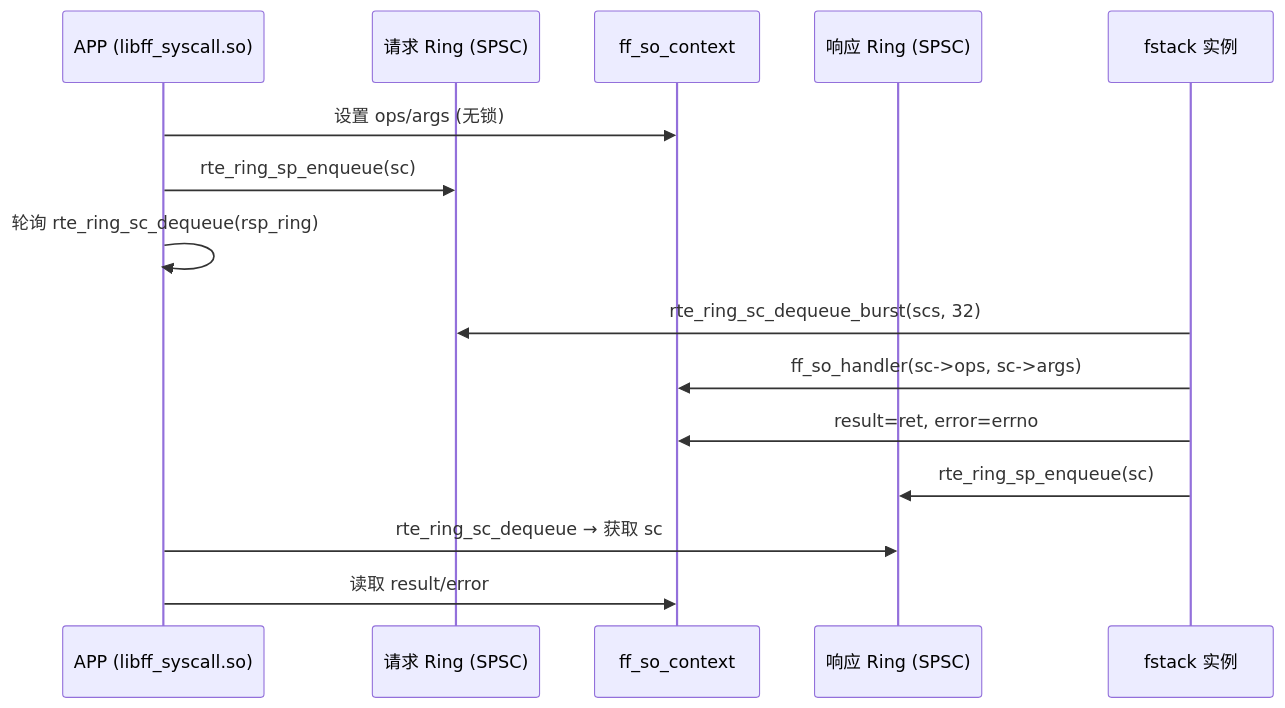
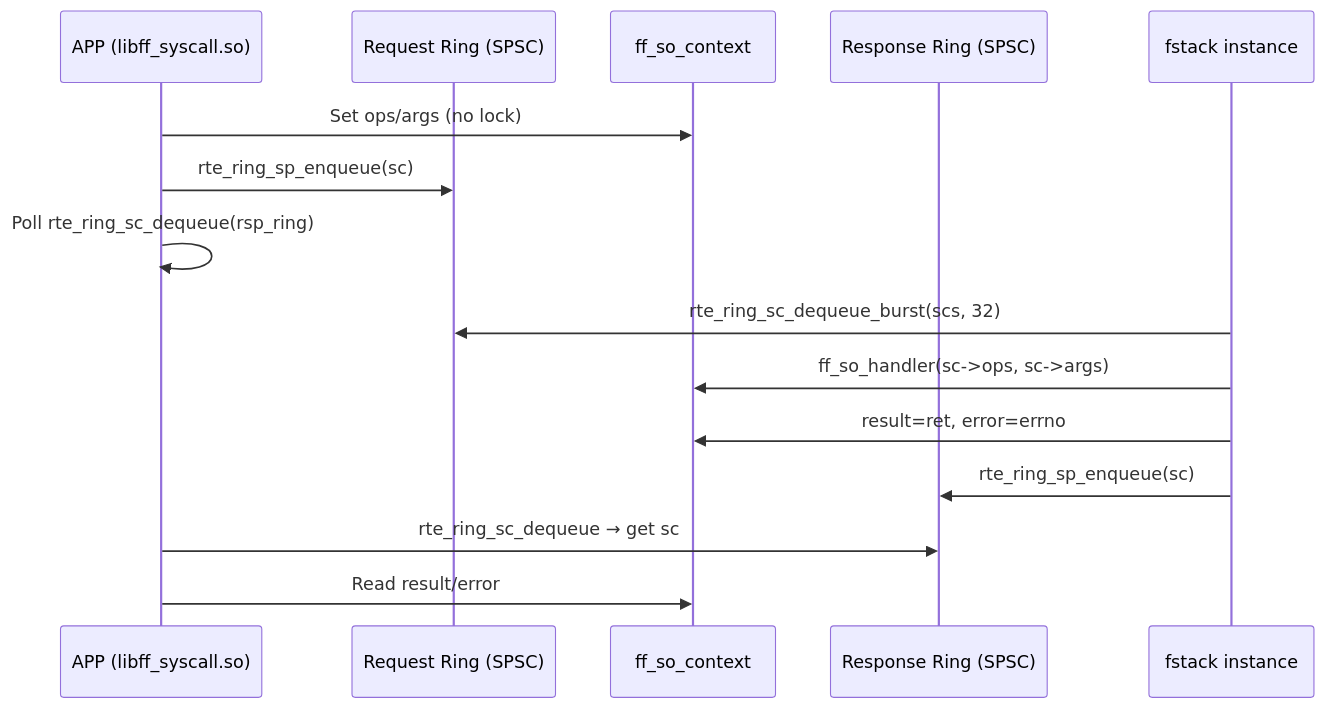
The second of 2 diagrams in docs/ld_preload_ring_spec/02-architecture-design-spec.md (F-Stack/f-stack), drawn with Mermaid before and after one commit. The commit also changed other lines of this file and 7 other files, not shown here.

````diff
--- a/docs/ld_preload_ring_spec/02-architecture-design-spec.md
+++ b/docs/ld_preload_ring_spec/02-architecture-design-spec.md
@@ -619,20 +619,20 @@
 ```mermaid
 sequenceDiagram
     participant APP as APP (libff_syscall.so)
-    participant RQ as 请求 Ring (SPSC)
+    participant RQ as Request Ring (SPSC)
     participant SC as ff_so_context
-    participant RR as 响应 Ring (SPSC)
-    participant FS as fstack 实例
+    participant RR as Response Ring (SPSC)
+    participant FS as fstack instance
 
-    APP->>SC: 设置 ops/args (无锁)
+    APP->>SC: Set ops/args (no lock)
     APP->>RQ: rte_ring_sp_enqueue(sc)
-    APP->>APP: 轮询 rte_ring_sc_dequeue(rsp_ring)
+    APP->>APP: Poll rte_ring_sc_dequeue(rsp_ring)
 
     FS->>RQ: rte_ring_sc_dequeue_burst(scs, 32)
     FS->>SC: ff_so_handler(sc->ops, sc->args)
     FS->>SC: result=ret, error=errno
     FS->>RR: rte_ring_sp_enqueue(sc)
 
-    APP->>RR: rte_ring_sc_dequeue → 获取 sc
-    APP->>SC: 读取 result/error
+    APP->>RR: rte_ring_sc_dequeue → get sc
+    APP->>SC: Read result/error
 ```
````
